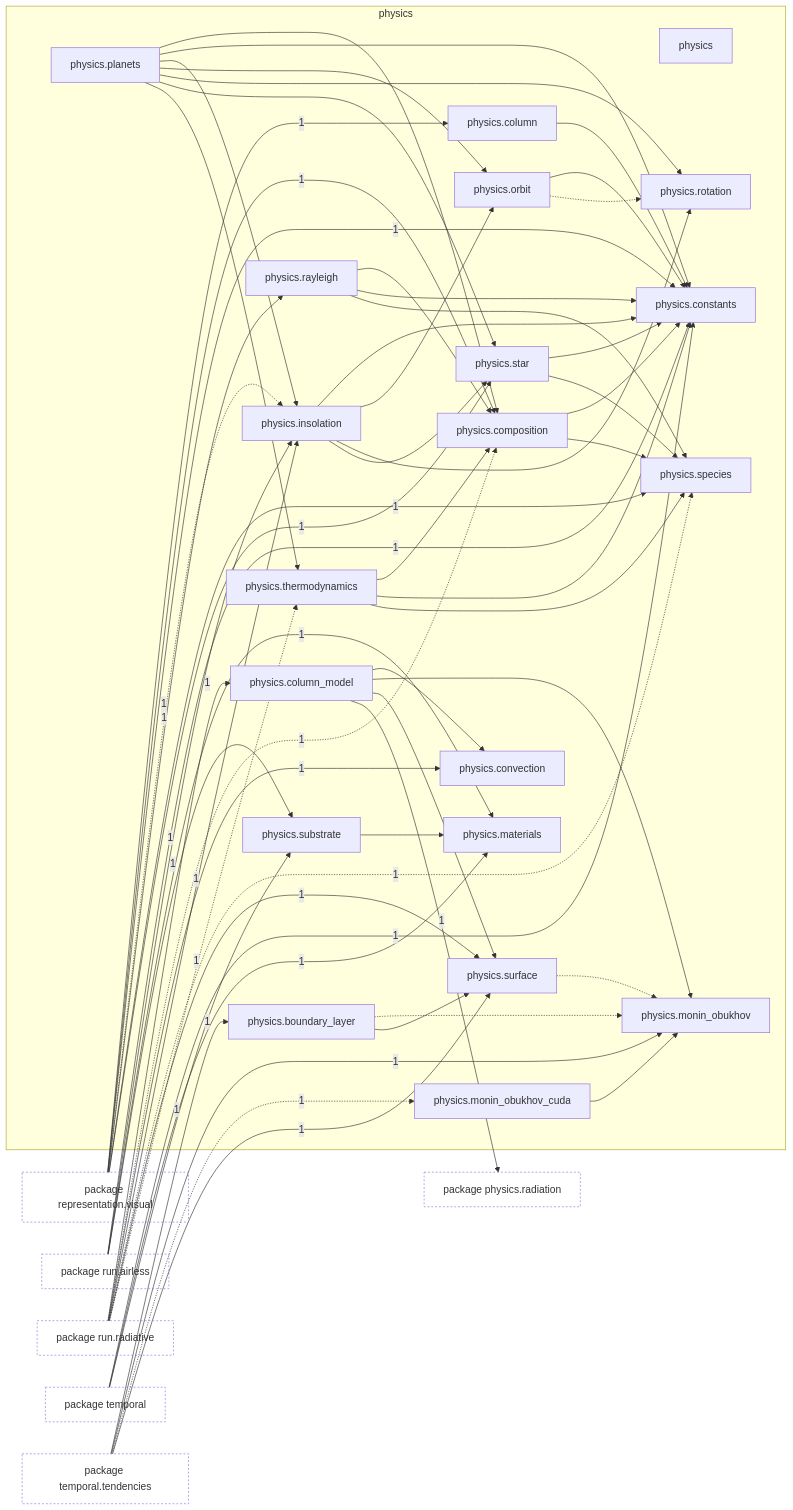
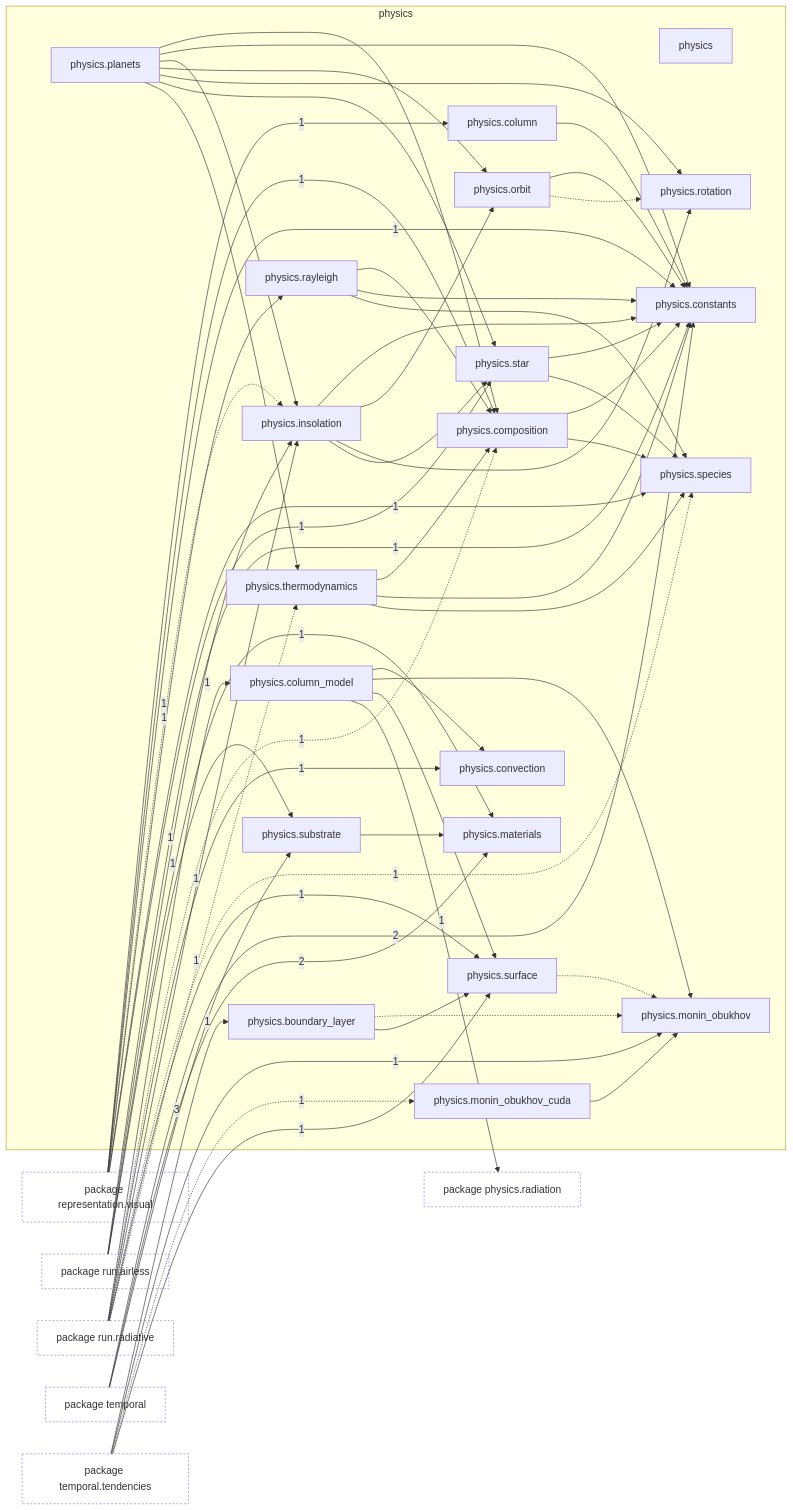
One commit to AlexandreEros/Palintropos changed the first of 2 diagrams in docs/architecture/current/packages/tropoi.physics.md. Above: the diagram before and after it, drawn with Mermaid. The commit also changed other lines of this file and 48 other files, not shown here.

```diff
--- a/docs/architecture/current/packages/tropoi.physics.md
+++ b/docs/architecture/current/packages/tropoi.physics.md
@@ -117,9 +117,9 @@
     p_tropoi_orun_oradiative -.->|1| n_tropoi_ophysics_ospecies
     p_tropoi_orun_oradiative -->|1| n_tropoi_ophysics_osurface
     p_tropoi_orun_oradiative -.->|1| n_tropoi_ophysics_othermodynamics
-    p_tropoi_otemporal -->|1| n_tropoi_ophysics_oconstants
-    p_tropoi_otemporal -->|1| n_tropoi_ophysics_omaterials
-    p_tropoi_otemporal -->|1| n_tropoi_ophysics_osubstrate
+    p_tropoi_otemporal -->|2| n_tropoi_ophysics_oconstants
+    p_tropoi_otemporal -->|2| n_tropoi_ophysics_omaterials
+    p_tropoi_otemporal -->|3| n_tropoi_ophysics_osubstrate
     p_tropoi_otemporal_otendencies -->|1| n_tropoi_ophysics_oboundary__layer
     p_tropoi_otemporal_otendencies -->|1| n_tropoi_ophysics_omonin__obukhov
     p_tropoi_otemporal_otendencies -.->|1| n_tropoi_ophysics_omonin__obukhov__cuda
```
